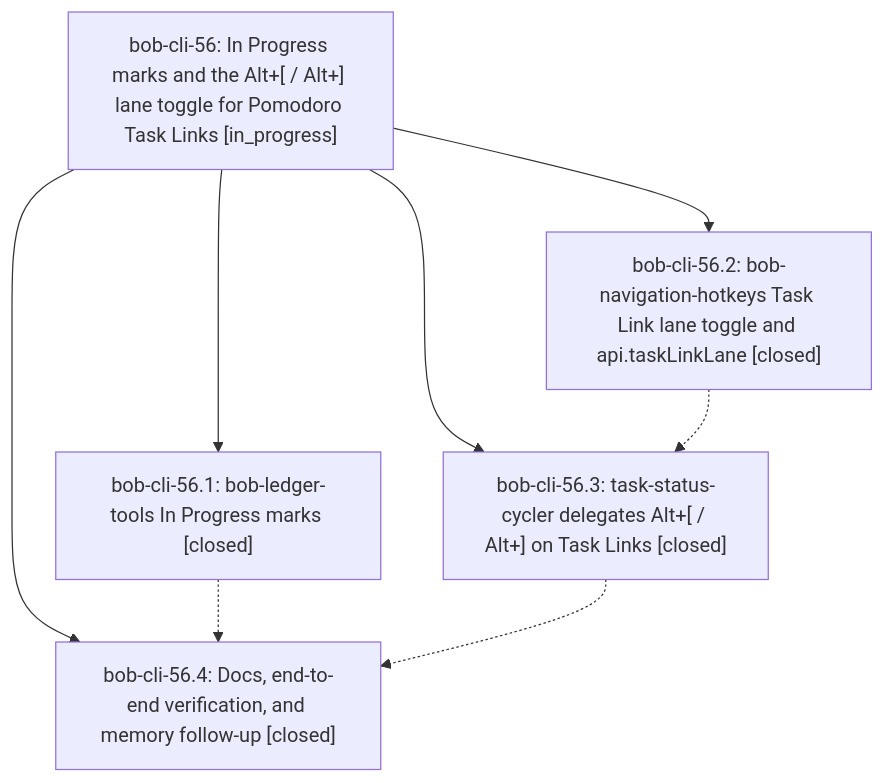
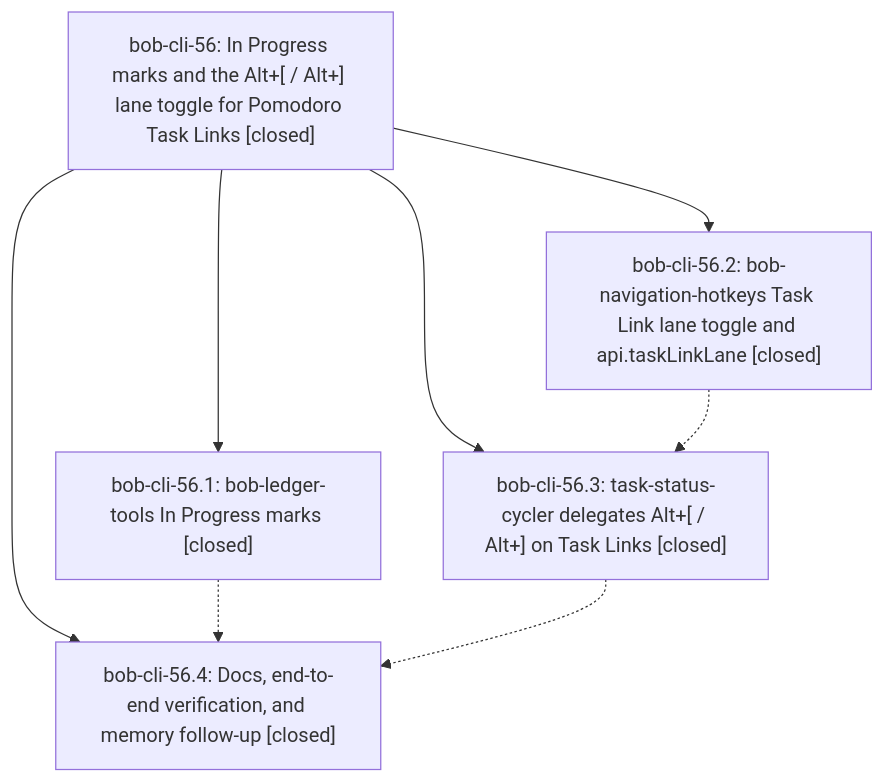
Before and after one commit to bobs-org/bob-cli--beads: the diagram in pages/bob-cli-56/README.md, drawn with Mermaid. The commit also changed other lines of this file, not shown here.

First line of the commit message:
chore(beads): sync bead state and pages for bob-cli-56

````diff
--- a/pages/bob-cli-56/README.md
+++ b/pages/bob-cli-56/README.md
@@ -25,15 +35,15 @@
 ```mermaid
 flowchart TD
-    n0["bob-cli-56: In Progress marks and the Alt+[ / Alt+] lane toggle for Pomodoro Task Links [in_progress]"]
+    n0["bob-cli-56: In Progress marks and the Alt+[ / Alt+] lane toggle for Pomodoro Task Links [closed]"]
     n1["bob-cli-56.1: bob-ledger-tools In Progress marks [closed]"]
     n2["bob-cli-56.2: bob-navigation-hotkeys Task Link lane toggle and api.taskLinkLane [closed]"]
     n3["bob-cli-56.3: task-status-cycler delegates Alt+[ / Alt+] on Task Links [closed]"]
     n4["bob-cli-56.4: Docs, end-to-end verification, and memory follow-up [closed]"]
     n0 --> n1
     n0 --> n2
     n0 --> n3
     n0 --> n4
     n1 -.-> n4
     n2 -.-> n3
     n3 -.-> n4
 ```
````
